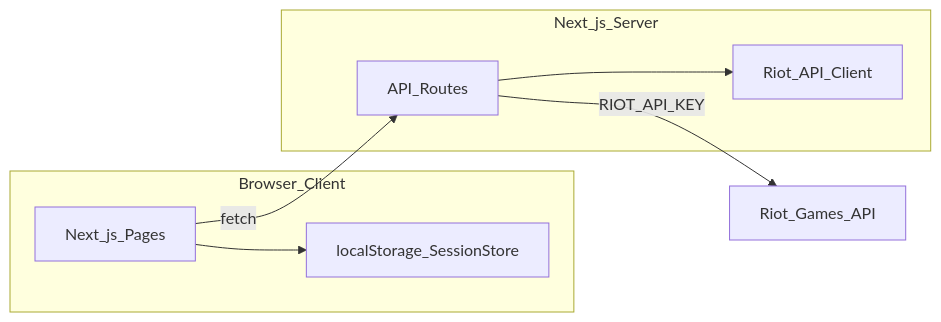
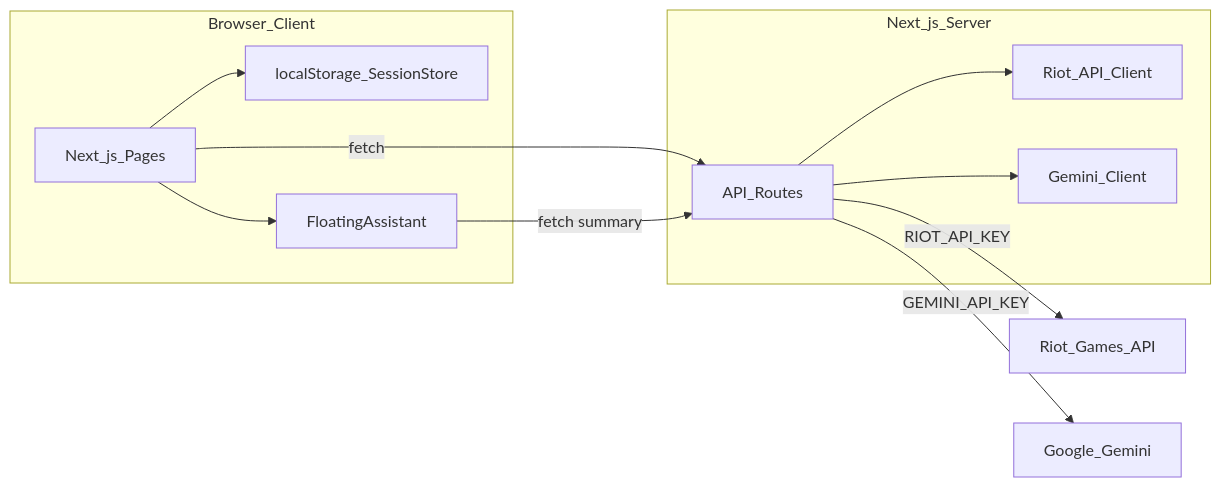
The first of 3 diagrams in documents/implementation-plan.md (yeonsu0224/lol-team-gab), drawn with Mermaid before and after one commit. The commit also changed other lines of this file and 159 other files, not shown here.

First line of the commit message:
Complete v2.1 cycle: Riot/Gemini APIs through finish flow

````diff
--- a/documents/implementation-plan.md
+++ b/documents/implementation-plan.md
@@ -33,17 +49,23 @@
 ```mermaid
 flowchart LR
   subgraph client [Browser_Client]
     UI[Next_js_Pages]
     Store[localStorage_SessionStore]
+    Float[FloatingAssistant]
     UI --> Store
+    UI --> Float
   end
 
   subgraph server [Next_js_Server]
     API[API_Routes]
     Riot[Riot_API_Client]
+    Gemini[Gemini_Client]
     API --> Riot
+    API --> Gemini
   end
 
   UI -->|fetch| API
+  Float -->|fetch summary| API
   API -->|RIOT_API_KEY| RiotAPI[Riot_Games_API]
+  API -->|GEMINI_API_KEY| GeminiAPI[Google_Gemini]
 ```
````
